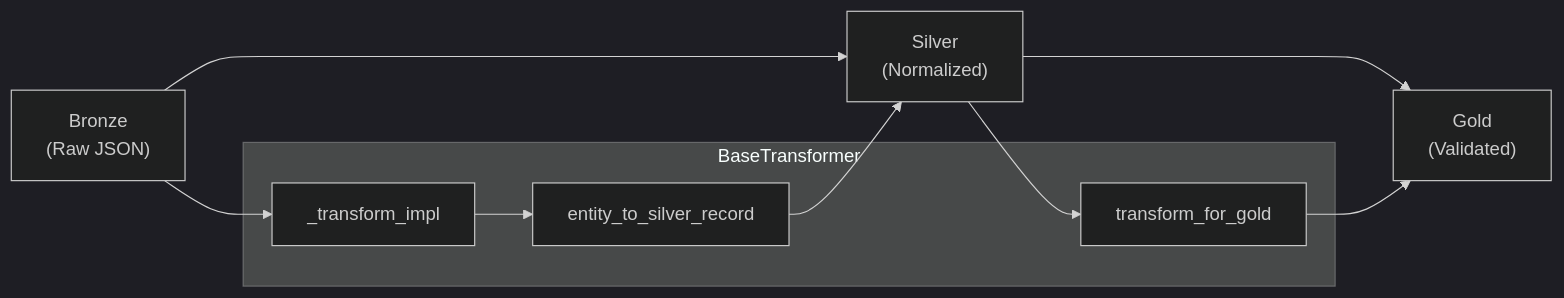
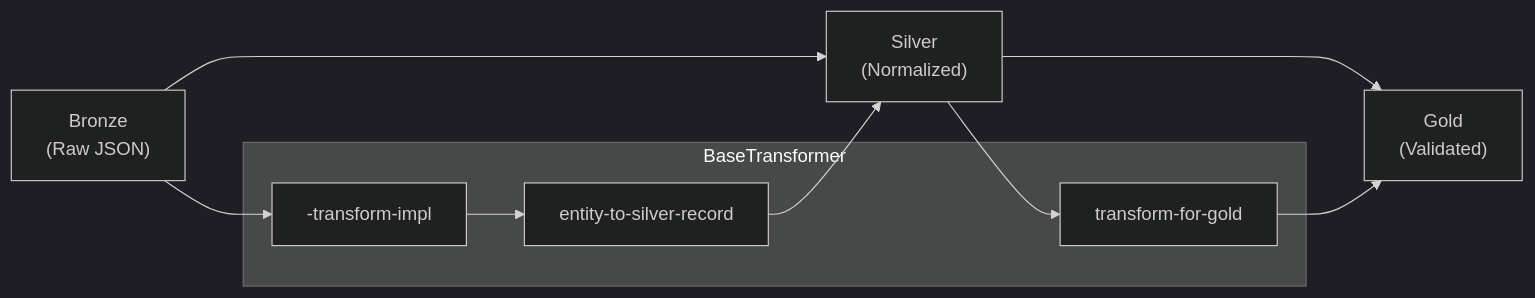
Before and after one commit to SatoryKono/BioactivityDataAcquisition: the diagram in docs/04-reference/api/application/transformers.md, drawn with Mermaid (dark theme). The commit also changed other lines of this file and 311 other files, not shown here.

````diff
--- a/docs/04-reference/api/application/transformers.md
+++ b/docs/04-reference/api/application/transformers.md
@@ -9,17 +9,17 @@
 ```mermaid
 flowchart LR
     Bronze["Bronze<br/>(Raw JSON)"] --> Silver["Silver<br/>(Normalized)"]
     Silver --> Gold["Gold<br/>(Validated)"]
 
     subgraph Transform["BaseTransformer"]
-        T1[_transform_impl]
-        T2[entity_to_silver_record]
-        T3[transform_for_gold]
+        T1[-transform-impl]
+        T2[entity-to-silver-record]
+        T3[transform-for-gold]
     end
 
     Bronze --> T1
     T1 --> T2
     T2 --> Silver
     Silver --> T3
     T3 --> Gold
 ```
````
